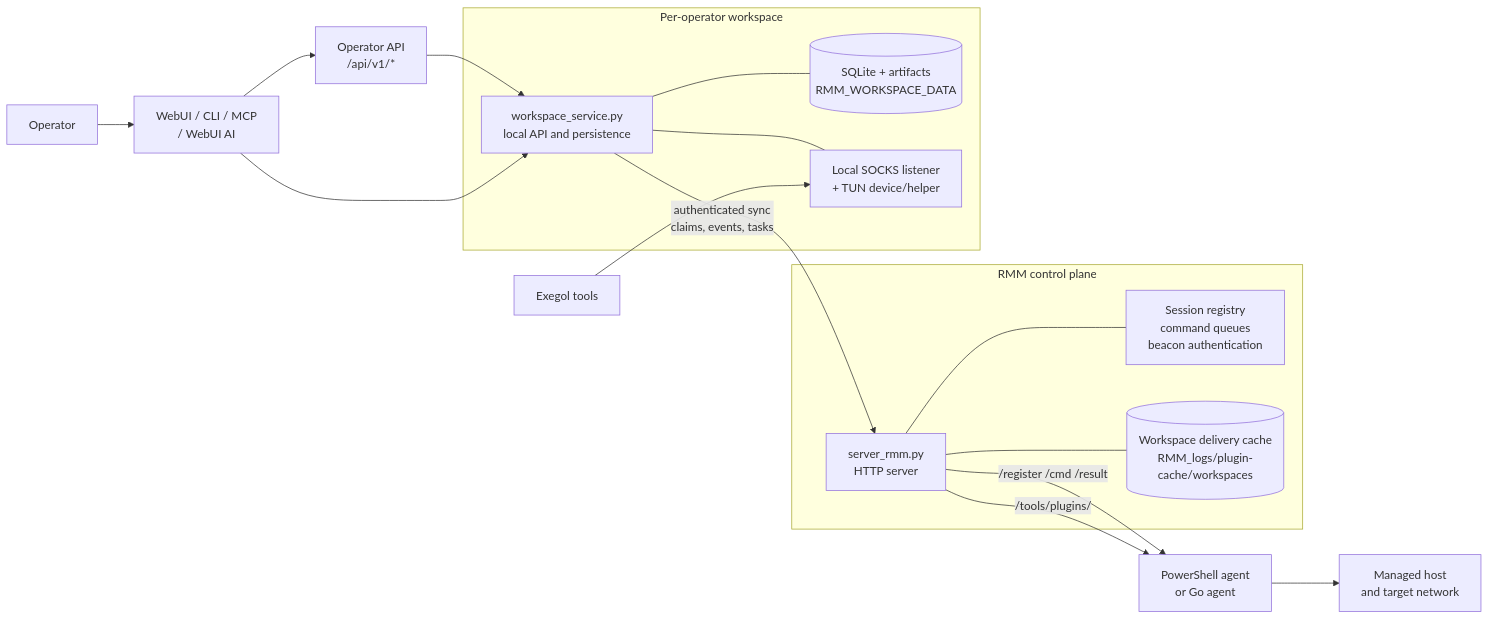
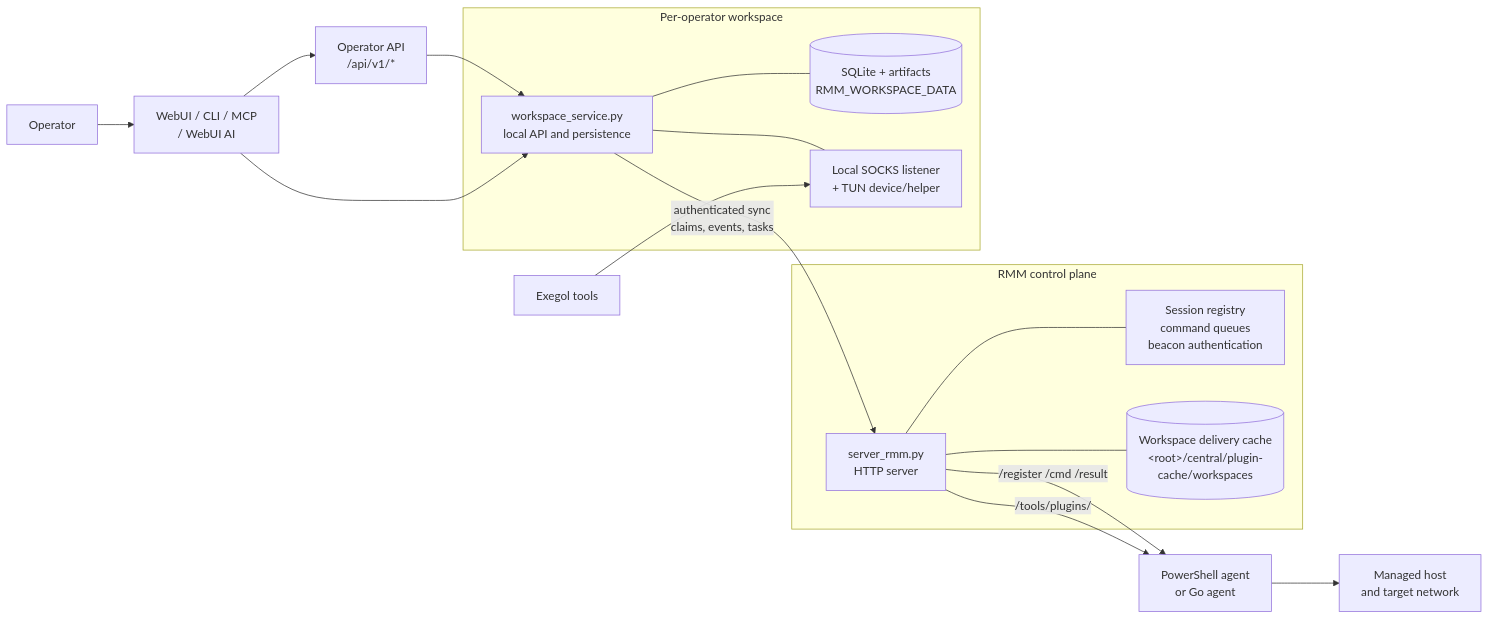
Before and after one commit to CyrilleFranchet/Minimal-RMM: the first of 6 diagrams in docs/architecture.md, drawn with Mermaid. The commit also changed other lines of this file and 27 other files, not shown here.

````diff
--- a/docs/architecture.md
+++ b/docs/architecture.md
@@ -38,30 +38,30 @@
 ```mermaid
 flowchart LR
     operator["Operator"] --> surfaces["WebUI / CLI / MCP\n/ WebUI AI"]
     surfaces --> api["Operator API\n/api/v1/*"]
 
     subgraph control["RMM control plane"]
         server["server_rmm.py\nHTTP server"]
         state["Session registry\ncommand queues\nbeacon authentication"]
-        artifacts[("Workspace delivery cache\nRMM_logs/plugin-cache/workspaces")]
+        artifacts[("Workspace delivery cache\n&lt;root&gt;/central/plugin-cache/workspaces")]
         server --- state
         server --- artifacts
     end
 
     api --> local
     server -->|"/register /cmd /result"| agent["PowerShell agent\nor Go agent"]
     server -->|"/tools/plugins/<name>"| agent
     agent --> target["Managed host\nand target network"]
 
     subgraph workspace["Per-operator workspace"]
         local["workspace_service.py\nlocal API and persistence"]
         db[("SQLite + artifacts\nRMM_WORKSPACE_DATA")]
         pivot["Local SOCKS listener\n+ TUN device/helper"]
         local --- db
         local --- pivot
     end
 
     surfaces --> local
     local -->|"authenticated sync\nclaims, events, tasks"| server
     tools["Exegol tools"] --> pivot
 ```
````
